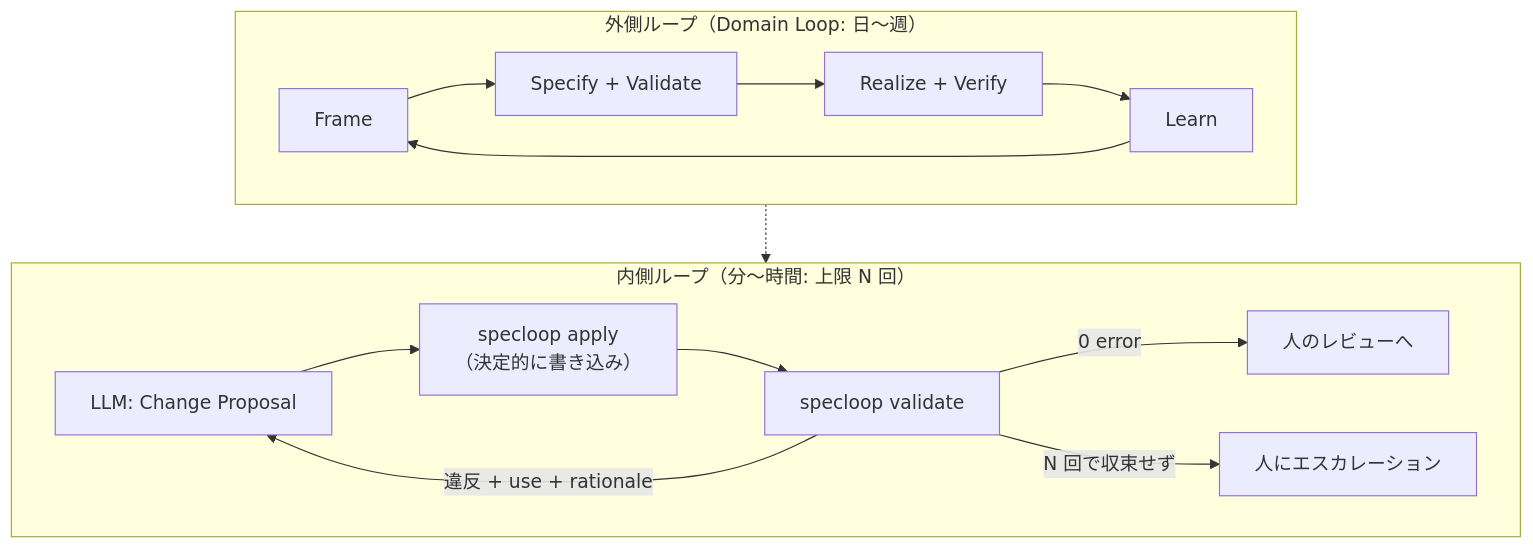
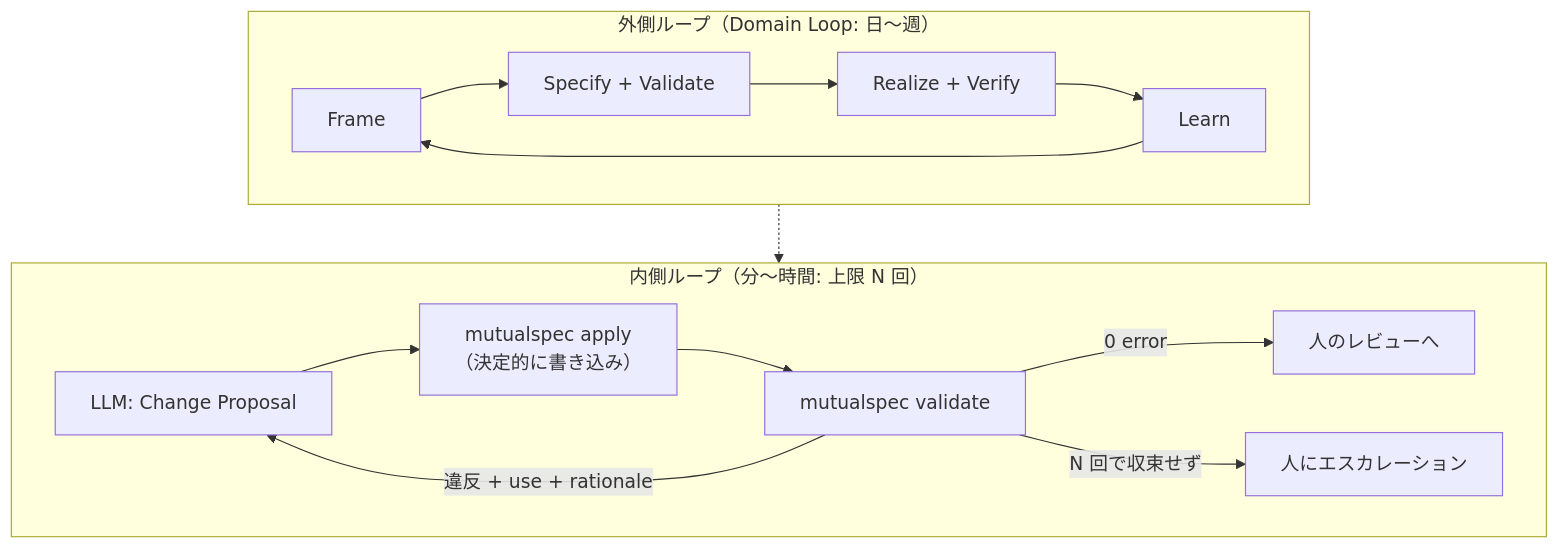
One commit to shuji-bonji/mutualspec changed the second of 3 diagrams in docs/05-the-loop.md. Above: the diagram before and after it, drawn with Mermaid. The commit also changed other lines of this file and 86 other files, not shown here.

````diff
--- a/docs/05-the-loop.md
+++ b/docs/05-the-loop.md
@@ -48,16 +48,16 @@
 ```mermaid
 flowchart TB
   subgraph OUTER["外側ループ（Domain Loop: 日〜週）"]
     direction LR
     O1["Frame"] --> O2["Specify + Validate"] --> O3["Realize + Verify"] --> O4["Learn"] --> O1
   end
   subgraph INNER["内側ループ（分〜時間: 上限 N 回）"]
     direction LR
-    I1["LLM: Change Proposal"] --> I2["specloop apply<br/>（決定的に書き込み）"]
-    I2 --> I3["specloop validate"]
+    I1["LLM: Change Proposal"] --> I2["mutualspec apply<br/>（決定的に書き込み）"]
+    I2 --> I3["mutualspec validate"]
     I3 -->|"違反 + use + rationale"| I1
     I3 -->|"0 error"| I4["人のレビューへ"]
     I3 -->|"N 回で収束せず"| I5["人にエスカレーション"]
   end
   O2 -.-> INNER
 ```
````
